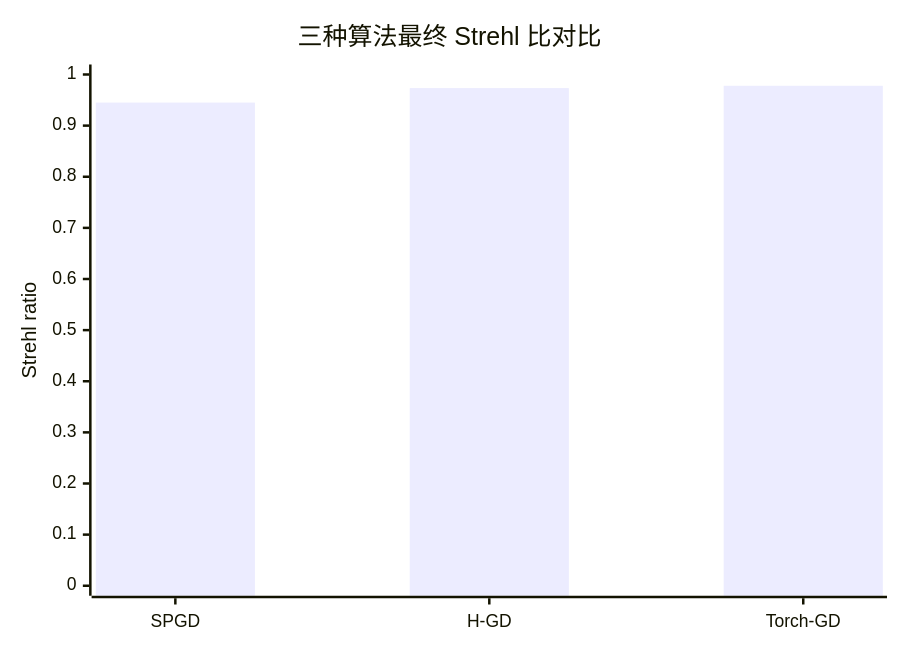
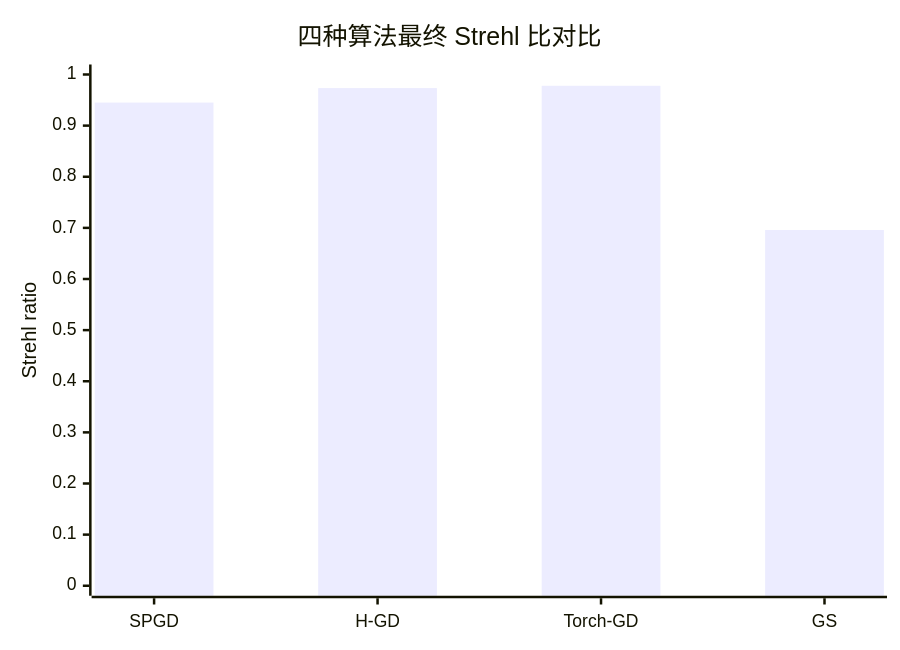
One commit to ywzhang909/differential-shaping changed the first of 3 diagrams in docs/report/REPORT.md. Above: the diagram before and after it, drawn with Mermaid. The commit also changed other lines of this file and 17 other files, not shown here.

````diff
--- a/docs/report/REPORT.md
+++ b/docs/report/REPORT.md
@@ -47,7 +50,7 @@
 ```mermaid
 xychart-beta
-    title "三种算法最终 Strehl 比对比"
-    x-axis [SPGD, H-GD, Torch-GD]
+    title "四种算法最终 Strehl 比对比"
+    x-axis [SPGD, H-GD, Torch-GD, GS]
     y-axis "Strehl ratio" 0 --> 1.0
-    bar [0.9451, 0.9734, 0.9779]
+    bar [0.9451, 0.9734, 0.9779, 0.6958]
 ```
````
